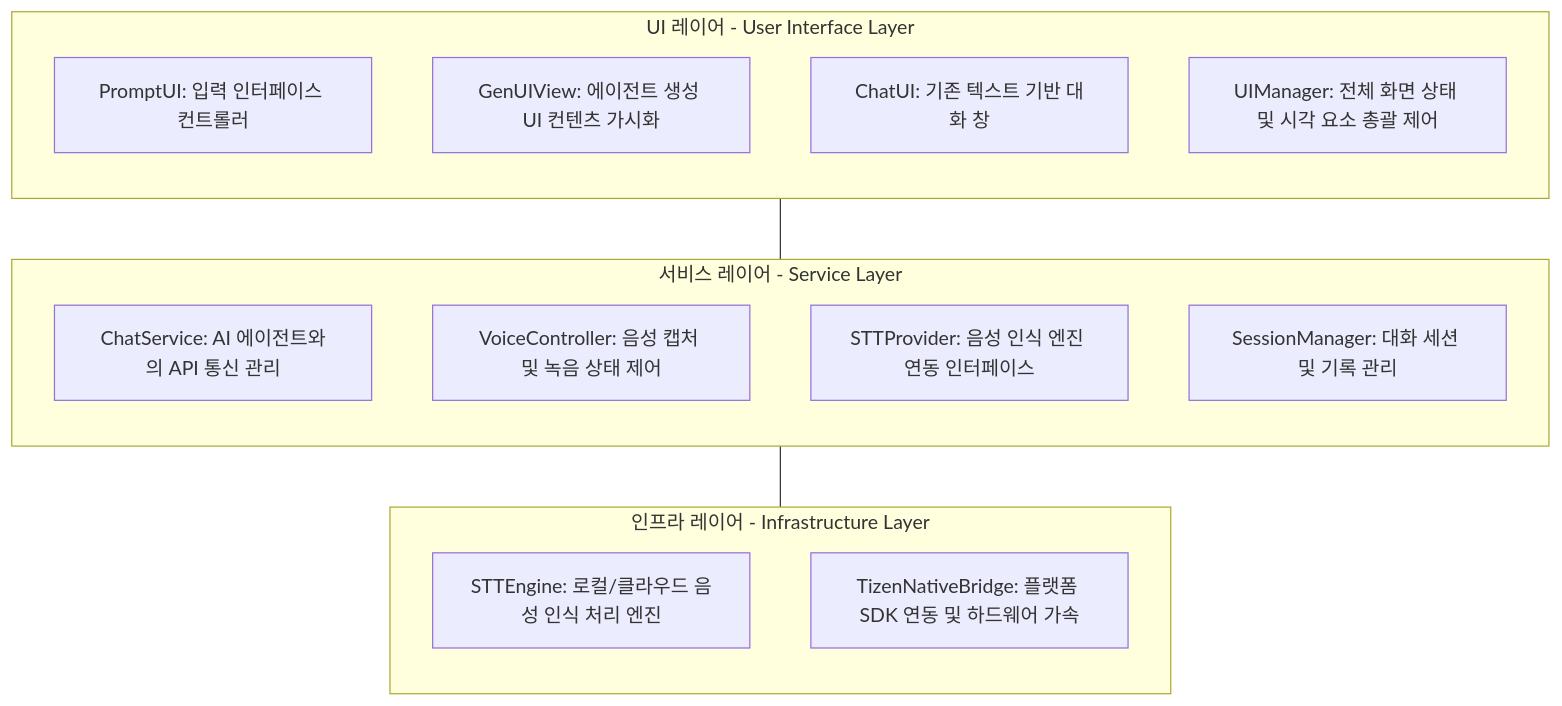
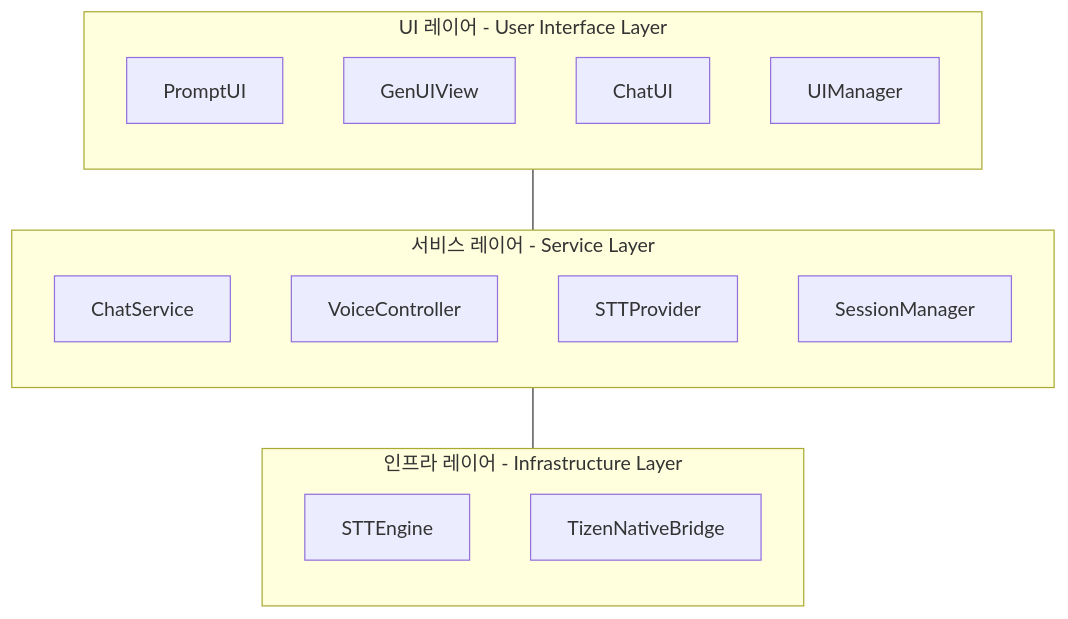
One commit to shyunMin/tizen-chat changed the diagram in README.md. Above: the diagram before and after it, drawn with Mermaid.

Commit message:
docs: simplify architecture diagram by removing descriptions from nodes

````diff
--- a/README.md
+++ b/README.md
@@ -15,28 +15,28 @@
 ```mermaid
 graph TD
     subgraph UILayer [UI 레이어 - User Interface Layer]
         direction TB
-        PUI[PromptUI: 입력 인터페이스 컨트롤러]
-        GVU[GenUIView: 에이전트 생성 UI 컨텐츠 가시화]
-        CUI[ChatUI: 기존 텍스트 기반 대화 창]
-        UM[UIManager: 전체 화면 상태 및 시각 요소 총괄 제어]
+        PUI[PromptUI]
+        GVU[GenUIView]
+        CUI[ChatUI]
+        UM[UIManager]
     end
 
     subgraph ServiceLayer [서비스 레이어 - Service Layer]
         direction TB
-        CS[ChatService: AI 에이전트와의 API 통신 관리]
-        VC[VoiceController: 음성 캡처 및 녹음 상태 제어]
-        SP[STTProvider: 음성 인식 엔진 연동 인터페이스]
-        SM[SessionManager: 대화 세션 및 기록 관리]
+        CS[ChatService]
+        VC[VoiceController]
+        SP[STTProvider]
+        SM[SessionManager]
     end
 
     subgraph InfraLayer [인프라 레이어 - Infrastructure Layer]
         direction TB
-        SE[STTEngine: 로컬/클라우드 음성 인식 처리 엔진]
-        TNB[TizenNativeBridge: 플랫폼 SDK 연동 및 하드웨어 가속]
+        SE[STTEngine]
+        TNB[TizenNativeBridge]
     end
 
     %% 레이어 간 상하 배치 강제
     UILayer --- ServiceLayer
     ServiceLayer --- InfraLayer
 ```
````
